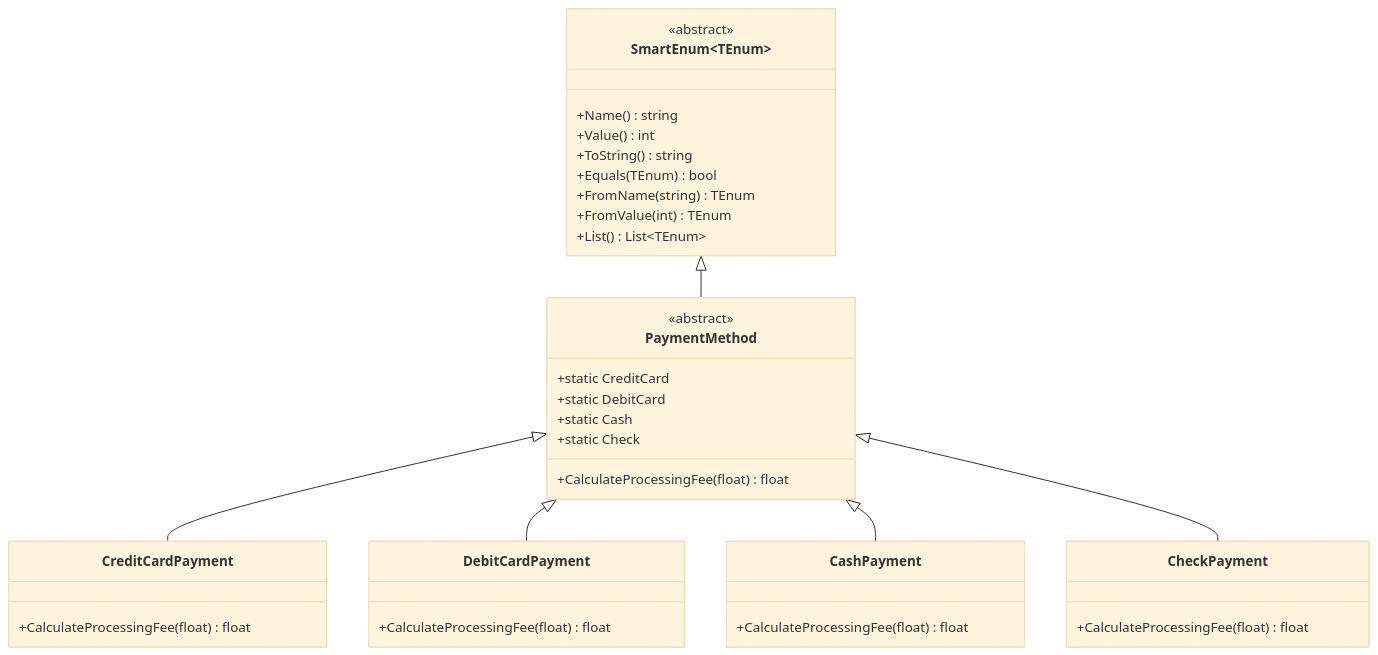
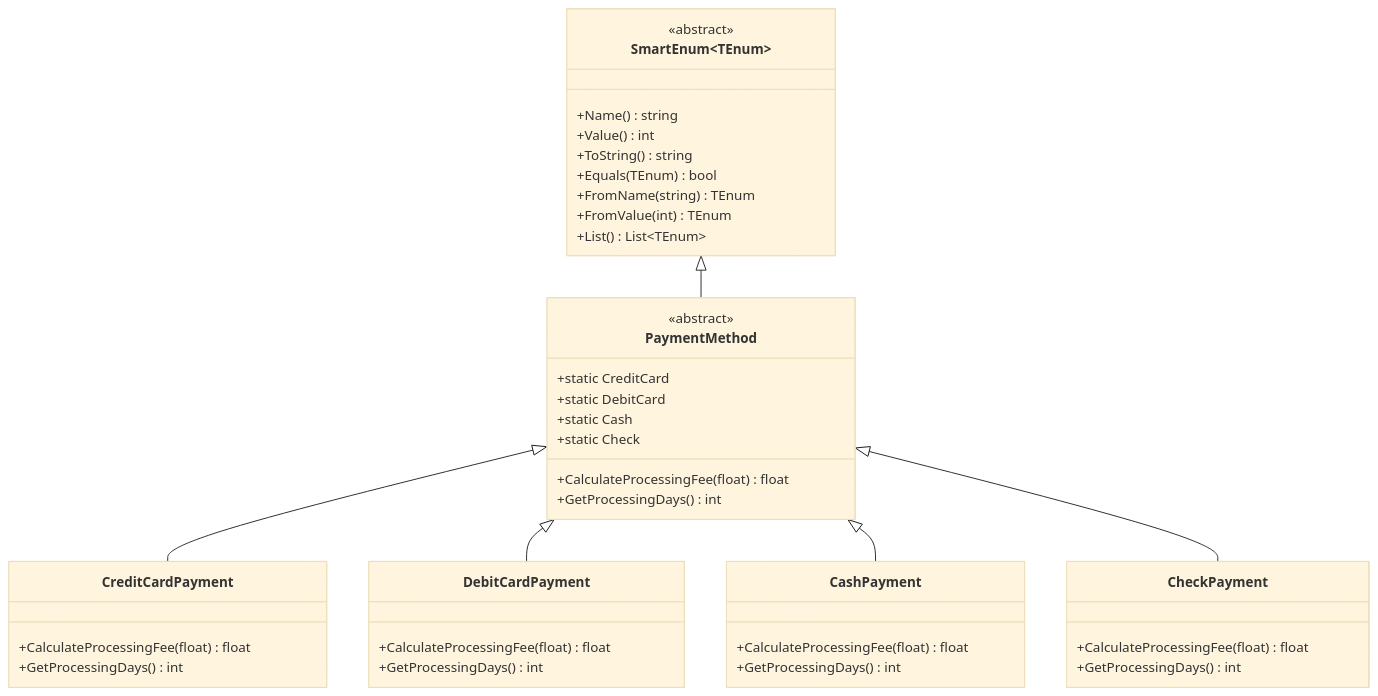
The diagram in README.md (danielmeza/SmartEnumCpp), drawn with Mermaid (base theme) before and after one commit. The commit also changed other lines of this file and 8 other files, not shown here.

````diff
--- a/README.md
+++ b/README.md
@@ -237,44 +331,49 @@
 ```mermaid
 classDiagram
     class SmartEnum~TEnum~ {
         <<abstract>>
         +Name() string
         +Value() int
         +ToString() string
         +Equals(TEnum) bool
         +FromName(string) TEnum
         +FromValue(int) TEnum
         +List() List~TEnum~
     }
     
     class PaymentMethod {
         <<abstract>>
         +CalculateProcessingFee(float) float
+        +GetProcessingDays() int
         +static CreditCard
         +static DebitCard
         +static Cash
         +static Check
     }
     
     class CreditCardPayment {
         +CalculateProcessingFee(float) float
+        +GetProcessingDays() int
     }
     
     class DebitCardPayment {
         +CalculateProcessingFee(float) float
+        +GetProcessingDays() int
     }
     
     class CashPayment {
         +CalculateProcessingFee(float) float
+        +GetProcessingDays() int
     }
     
     class CheckPayment {
         +CalculateProcessingFee(float) float
+        +GetProcessingDays() int
     }
     
     SmartEnum <|-- PaymentMethod
     PaymentMethod <|-- CreditCardPayment
     PaymentMethod <|-- DebitCardPayment
     PaymentMethod <|-- CashPayment
     PaymentMethod <|-- CheckPayment
 ```
````
